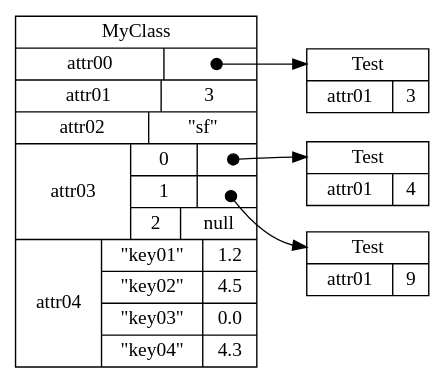
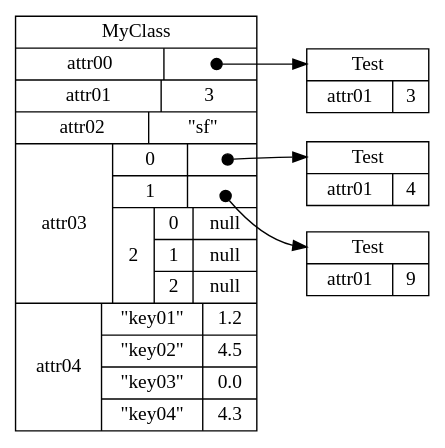
The diagram in object_graph_example.dot (mathieu-bergeron/aiguilleur), drawn with Graphviz before and after one commit. The commit also changed 5 other files, not shown here.

```diff
--- a/object_graph_example.dot
+++ b/object_graph_example.dot
@@ -1,16 +1,16 @@
 digraph "MockLinkedList" {
     graph ["rankdir"="LR","compound"="true"]
 
     "B" [shape="record","label"="<_C>Test|{attr01|3}"];
     "C" [shape="record","label"="<_C>Test|{attr01|4}"];
     "D" [shape="record","label"="<_C>Test|{attr01|9}"];
 
-    "A" [shape="record","label"="MyClass|{attr00|<A-attr_0>}|{attr01|3}|{attr02|\"sf\"}|{attr03|{{0|<port01>}|{1|<port02>}|{2|null}}}|{attr04|{{\"key01\"|1.2}|{\"key02\"|4.5}|{\"key03\"|0.0}|{\"key04\"|4.3}}}","style"="filled","fillcolor"="white"];
+    "A" [shape="record","label"="MyClass|{attr00|<A-attr_0>}|{attr01|3}|{attr02|\"sf\"}|{attr03|{{0|<port01>}|{1|<port02>}|{2|{{0|null}|{1|null}|{2|null}}}}}|{attr04|{{\"key01\"|1.2}|{\"key02\"|4.5}|{\"key03\"|0.0}|{\"key04\"|4.3}}}","style"="filled","fillcolor"="white"];
 
 
 
     "A":"A-attr_0":c -> "B":"_C" ["tailclip"="false", "arrowtail"="dot", "dir"="both"];
     "A":"port01":c -> "C":"_C" ["tailclip"="false", "arrowtail"="dot", "dir"="both"];
     "A":"port02":c -> "D":"_C" ["tailclip"="false", "arrowtail"="dot", "dir"="both"];
 
 }
```
